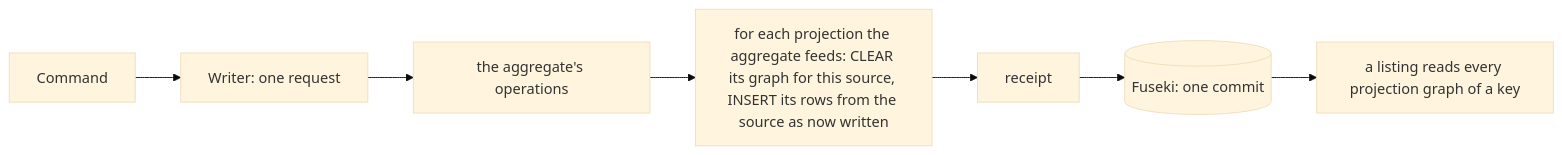
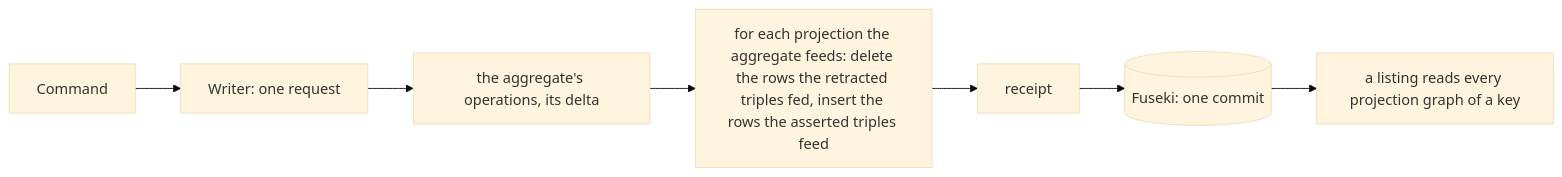
One commit to nebularis/lattice changed the first of 2 diagrams in docs/developer/sketches/projections-maintained-in-the-write.md. Above: the diagram before and after it, drawn with Mermaid (base theme). The commit also changed other lines of this file and 2 other files, not shown here.

First line of the commit message:
[projection-maintenance] Three tiers, commit events as notices, and two backlog items

````diff
--- a/docs/developer/sketches/projections-maintained-in-the-write.md
+++ b/docs/developer/sketches/projections-maintained-in-the-write.md
@@ -27,9 +39,9 @@
 ```mermaid
 flowchart LR
   CMD[Command] --> W[Writer: one request]
-  W --> A[the aggregate's operations]
-  A --> M[for each projection the aggregate feeds: CLEAR its graph for this source, INSERT its rows from the source as now written]
+  W --> A[the aggregate's operations, its delta]
+  A --> M[for each projection the aggregate feeds: delete the rows the retracted triples fed, insert the rows the asserted triples feed]
   M --> R[receipt]
   R --> F[(Fuseki: one commit)]
   F --> L[a listing reads every projection graph of a key]
 ```
````
